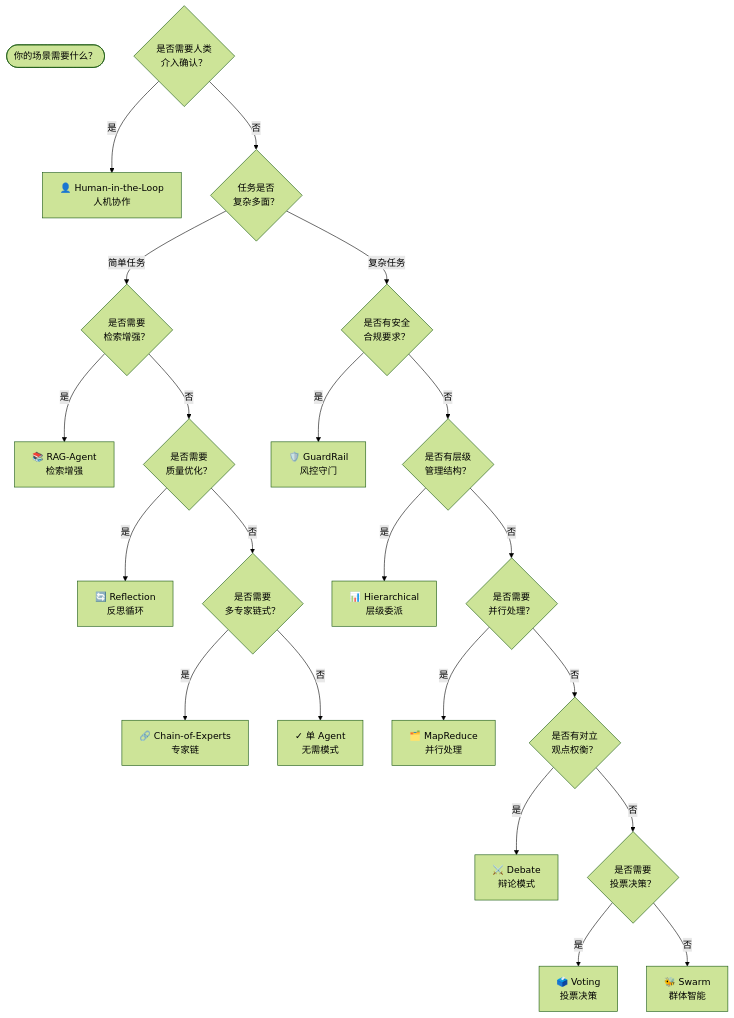
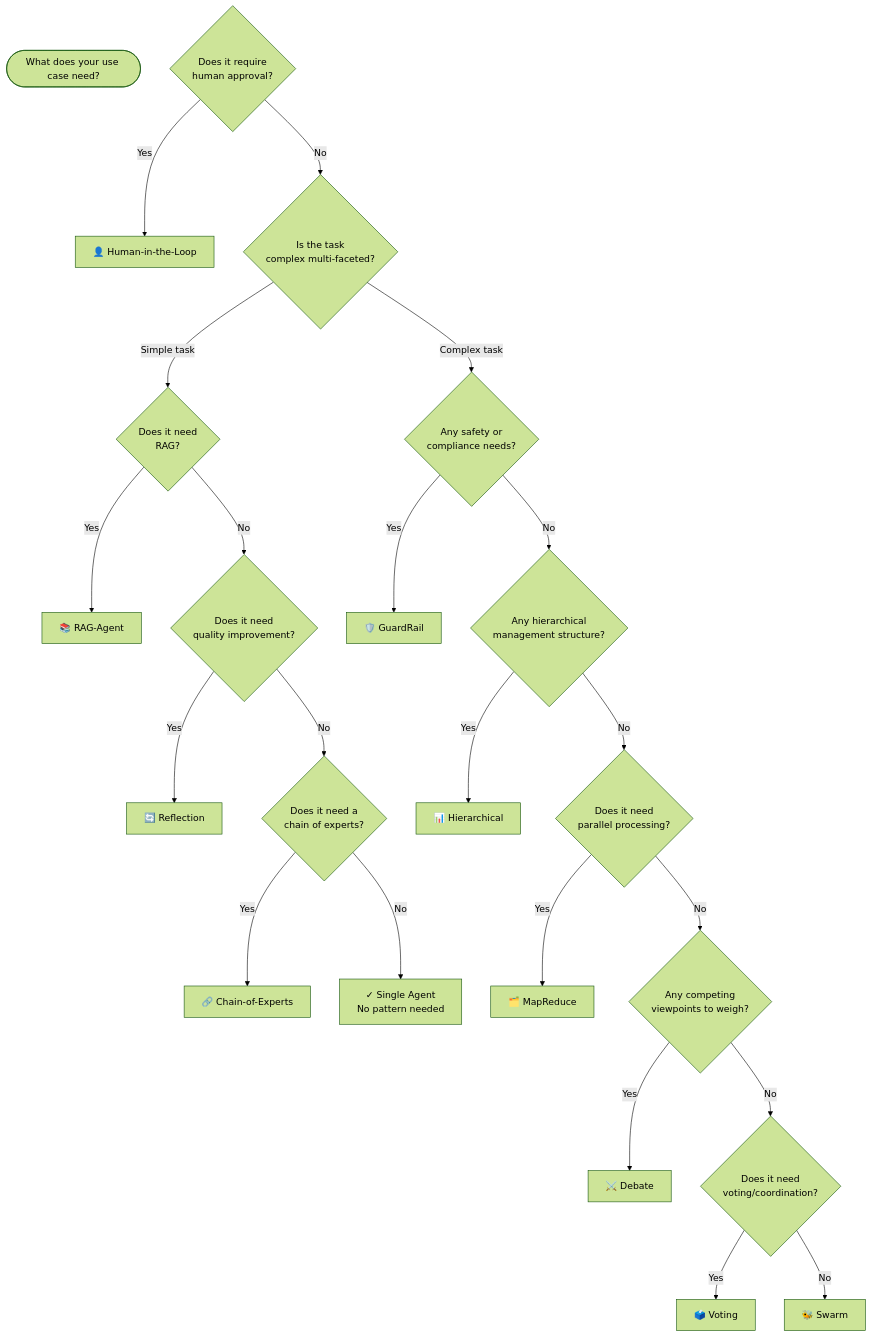
One commit to iuyup/AgentFlow changed the diagram in web/docs/index.md. Above: the diagram before and after it, drawn with Mermaid (forest theme). The commit also changed other lines of this file and 10 other files, not shown here.

````diff
--- a/web/docs/index.md
+++ b/web/docs/index.md
@@ -146,50 +146,50 @@
 ```mermaid
 flowchart TD
-    Start(["你的场景需要什么？"])
-    
-    Q1{是否需要人类<br/>介入确认？}
-    Q1-- 是 --> Hitl["👤 Human-in-the-Loop<br/>人机协作"]
-    Q1-- 否 --> Q2{任务是否<br/>复杂多面？}
-    
-    Q2-- 简单任务 --> Q3{是否需要<br/>检索增强？}
-    Q2-- 复杂任务 --> Q4{是否有安全<br/>合规要求？}
-    
-    Q3-- 是 --> RAG["📚 RAG-Agent<br/>检索增强"]
-    Q3-- 否 --> Q5{是否需要<br/>质量优化？}
-    
-    Q5-- 是 --> Refl["🔄 Reflection<br/>反思循环"]
-    Q5-- 否 --> Q6{是否需要<br/>多专家链式？}
-    
-    Q6-- 是 --> CoE["🔗 Chain-of-Experts<br/>专家链"]
-    Q6-- 否 --> Single["✓ 单 Agent<br/>无需模式"]
-    
-    Q4-- 是 --> Guard["🛡️ GuardRail<br/>风控守门"]
-    Q4-- 否 --> Q7{是否有层级<br/>管理结构？}
-    
-    Q7-- 是 --> Hier["📊 Hierarchical<br/>层级委派"]
-    Q7-- 否 --> Q8{是否需要<br/>并行处理？}
-    
-    Q8-- 是 --> MR["🗂️ MapReduce<br/>并行处理"]
-    Q8-- 否 --> Q9{是否有对立<br/>观点权衡？}
-    
-    Q9-- 是 --> Deb["⚔️ Debate<br/>辩论模式"]
-    Q9-- 否 --> Q10{是否需要<br/>投票决策？}
-    
-    Q10-- 是 --> Vot["🗳️ Voting<br/>投票决策"]
-    Q10-- 否 --> Swarm["🐝 Swarm<br/>群体智能"]
-    
+    Start(["What does your use case need?"])
+
+    Q1{Does it require<br/>human approval?}
+    Q1-- Yes --> Hitl["👤 Human-in-the-Loop"]
+    Q1-- No --> Q2{Is the task<br/>complex multi-faceted?}
+
+    Q2-- Simple task --> Q3{Does it need<br/>RAG?}
+    Q2-- Complex task --> Q4{Any safety or<br/>compliance needs?}
+
+    Q3-- Yes --> RAG["📚 RAG-Agent"]
+    Q3-- No --> Q5{Does it need<br/>quality improvement?}
+
+    Q5-- Yes --> Refl["🔄 Reflection"]
+    Q5-- No --> Q6{Does it need a<br/>chain of experts?}
+
+    Q6-- Yes --> CoE["🔗 Chain-of-Experts"]
+    Q6-- No --> Single["✓ Single Agent<br/>No pattern needed"]
+
+    Q4-- Yes --> Guard["🛡️ GuardRail"]
+    Q4-- No --> Q7{Any hierarchical<br/>management structure?}
+
+    Q7-- Yes --> Hier["📊 Hierarchical"]
+    Q7-- No --> Q8{Does it need<br/>parallel processing?}
+
+    Q8-- Yes --> MR["🗂️ MapReduce"]
+    Q8-- No --> Q9{Any competing<br/>viewpoints to weigh?}
+
+    Q9-- Yes --> Deb["⚔️ Debate"]
+    Q9-- No --> Q10{Does it need<br/>voting/coordination?}
+
+    Q10-- Yes --> Vot["🗳️ Voting"]
+    Q10-- No --> Swarm["🐝 Swarm"]
+
     class Start terminal
     class Q1,Q2,Q3,Q4,Q5,Q6,Q7,Q8,Q9,Q10 decision
     class Hitl,RAG,Refl,CoE,Single,Hier,MR,Deb,Vot,Swarm,Guard pattern
-    
+
     click Hitl href "/patterns/human_in_the_loop_zh/"
     click RAG href "/patterns/rag_agent_zh/"
     click Refl href "/patterns/reflection_zh/"
     click CoE href "/patterns/chain_of_experts_zh/"
     click Hier href "/patterns/hierarchical_zh/"
     click MR href "/patterns/map_reduce_zh/"
     click Deb href "/patterns/debate_zh/"
     click Vot href "/patterns/voting_zh/"
     click Swarm href "/patterns/swarm_zh/"
     click Guard href "/patterns/guardrail_zh/"
 ```
````
